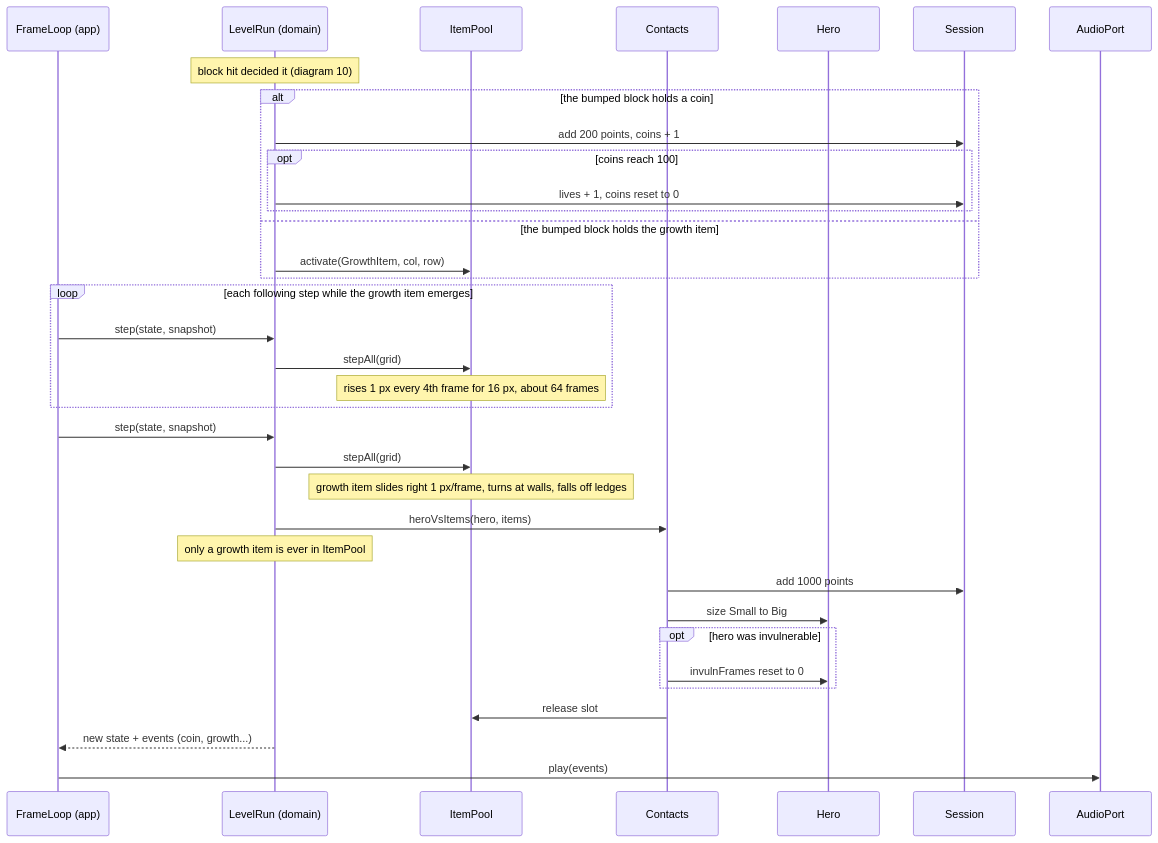
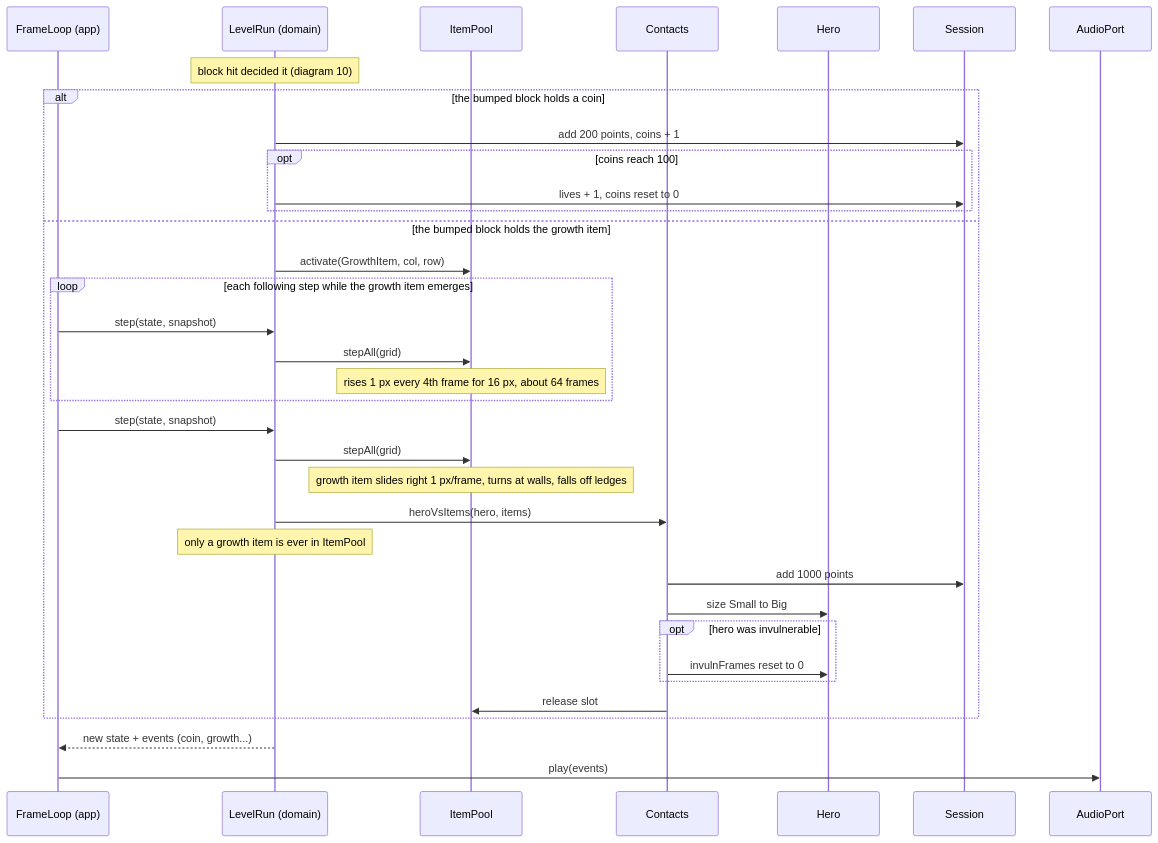
Before and after one commit to benoit-bremaud/retro-plumber: the diagram in docs/architecture/diagrams/gameplay/11-sequence-item-pickup.md, drawn with Mermaid. The commit also changed 2 other files, not shown here.

Commit message:
docs(uml): address fourth Codex review on sequences 06, 10, 11 (#7)

````diff
--- a/docs/architecture/diagrams/gameplay/11-sequence-item-pickup.md
+++ b/docs/architecture/diagrams/gameplay/11-sequence-item-pickup.md
@@ -13,37 +13,37 @@
 ```mermaid
 sequenceDiagram
     participant FL as FrameLoop (app)
     participant LR as LevelRun (domain)
     participant IP as ItemPool
     participant Ct as Contacts
     participant H as Hero
     participant Sess as Session
     participant Snd as AudioPort
     Note over LR: block hit decided it (diagram 10)
     alt the bumped block holds a coin
         LR->>Sess: add 200 points, coins + 1
         opt coins reach 100
             LR->>Sess: lives + 1, coins reset to 0
         end
     else the bumped block holds the growth item
         LR->>IP: activate(GrowthItem, col, row)
-    end
-    loop each following step while the growth item emerges
+        loop each following step while the growth item emerges
+            FL->>LR: step(state, snapshot)
+            LR->>IP: stepAll(grid)
+            Note over IP: rises 1 px every 4th frame for 16 px, about 64 frames
+        end
         FL->>LR: step(state, snapshot)
         LR->>IP: stepAll(grid)
-        Note over IP: rises 1 px every 4th frame for 16 px, about 64 frames
+        Note over IP: growth item slides right 1 px/frame, turns at walls, falls off ledges
+        LR->>Ct: heroVsItems(hero, items)
+        Note over LR: only a growth item is ever in ItemPool
+        Ct->>Sess: add 1000 points
+        Ct->>H: size Small to Big
+        opt hero was invulnerable
+            Ct->>H: invulnFrames reset to 0
+        end
+        Ct->>IP: release slot
     end
-    FL->>LR: step(state, snapshot)
-    LR->>IP: stepAll(grid)
-    Note over IP: growth item slides right 1 px/frame, turns at walls, falls off ledges
-    LR->>Ct: heroVsItems(hero, items)
-    Note over LR: only a growth item is ever in ItemPool
-    Ct->>Sess: add 1000 points
-    Ct->>H: size Small to Big
-    opt hero was invulnerable
-        Ct->>H: invulnFrames reset to 0
-    end
-    Ct->>IP: release slot
     LR-->>FL: new state + events (coin, growth...)
     FL->>Snd: play(events)
 ```
````
